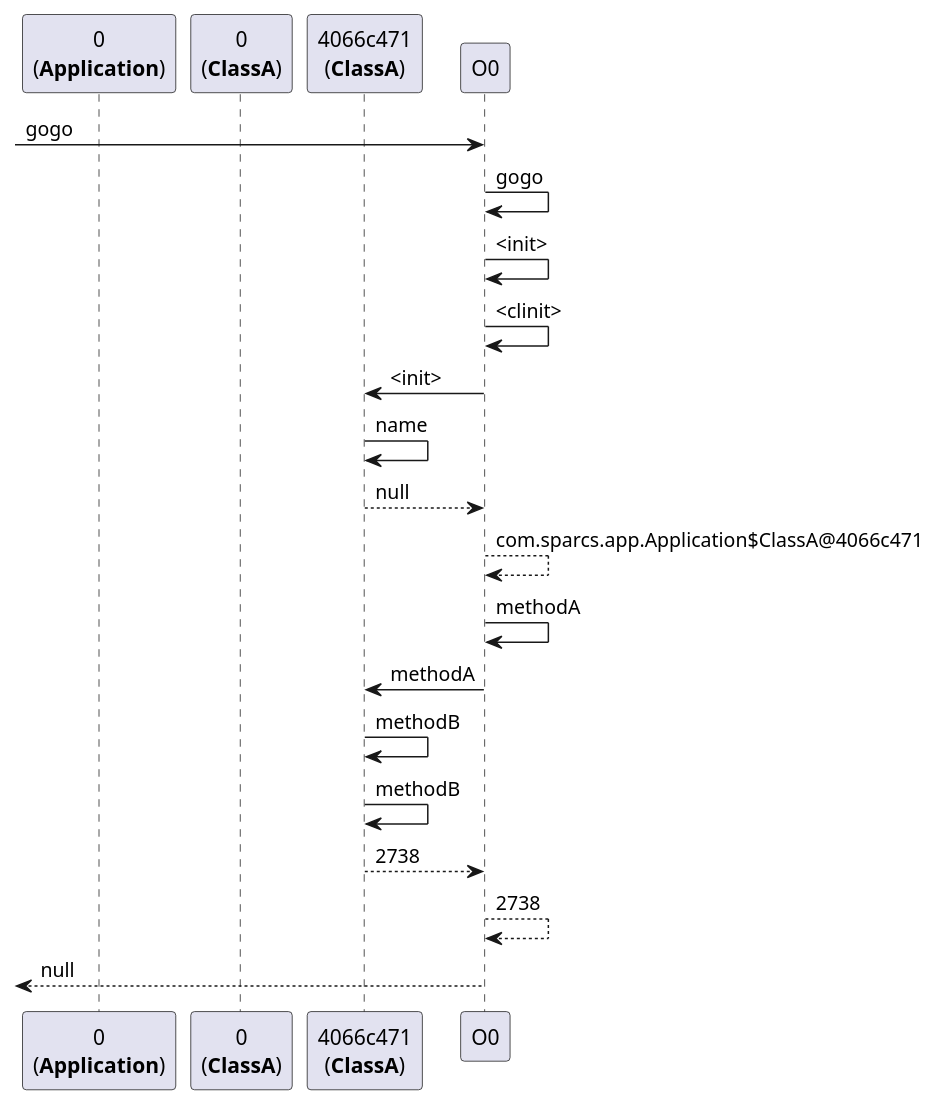
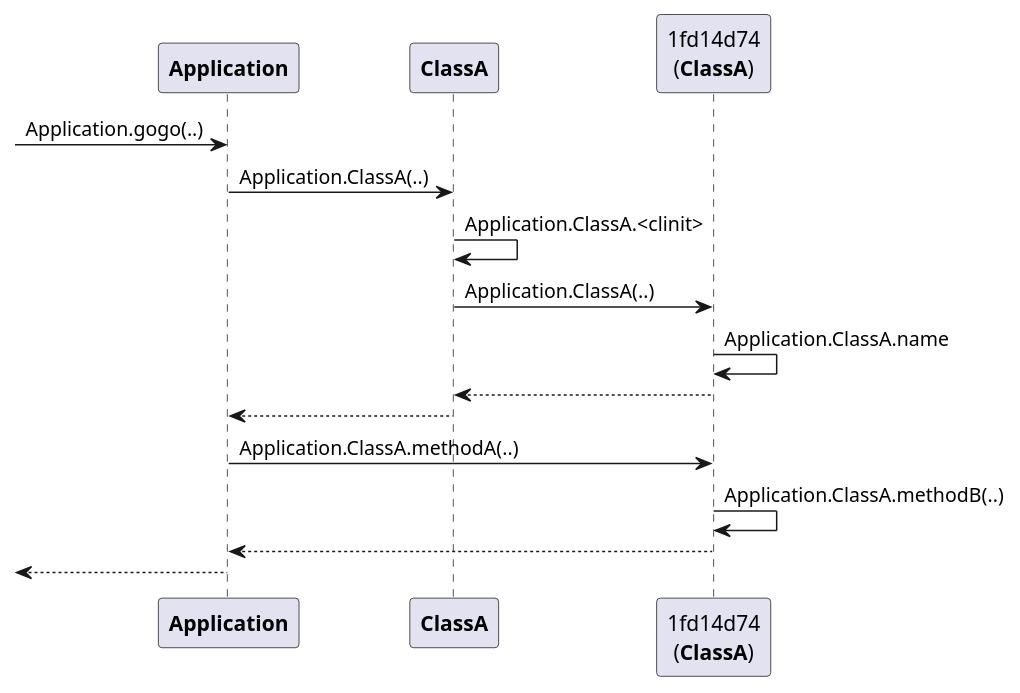
The diagram in tracer-capture/docs/test.puml (sparcs360/tracer), drawn with PlantUML before and after one commit. The commit also changed 4 other files, not shown here.

```diff
--- a/tracer-capture/docs/test.puml
+++ b/tracer-capture/docs/test.puml
@@ -1,23 +1,19 @@
 @startuml
 
-participant "0\n(**Application**)" as Application
-participant "0\n(**ClassA**)" as ClassA
-participant "4066c471\n(**ClassA**)" as O4066c471
+participant "**Application**" as C1a93a7ca
+participant "**ClassA**" as C38afe297
+participant "1fd14d74\n(**ClassA**)" as O1fd14d74
 
-[->O0:gogo
-O0->O0:gogo
-O0->O0:<init>
-O0->O0:<clinit>
-O0->O4066c471:<init>
-O4066c471->O4066c471:name
-O4066c471-->O0:null
-O0-->O0:com.sparcs.app.Application$ClassA@4066c471
-O0->O0:methodA
-O0->O4066c471:methodA
-O4066c471->O4066c471:methodB
-O4066c471->O4066c471:methodB
-O4066c471-->O0:2738
-O0-->O0:2738
-O0-->[:null
+[->C1a93a7ca:Application.gogo(..)
+C1a93a7ca->C38afe297:Application.ClassA(..)
+C38afe297->C38afe297:Application.ClassA.<clinit>
+C38afe297->O1fd14d74:Application.ClassA(..)
+O1fd14d74->O1fd14d74:Application.ClassA.name
+O1fd14d74-->C38afe297
+C38afe297-->C1a93a7ca
+C1a93a7ca->O1fd14d74:Application.ClassA.methodA(..)
+O1fd14d74->O1fd14d74:Application.ClassA.methodB(..)
+O1fd14d74-->C1a93a7ca
+C1a93a7ca-->[
 
 @enduml
```
